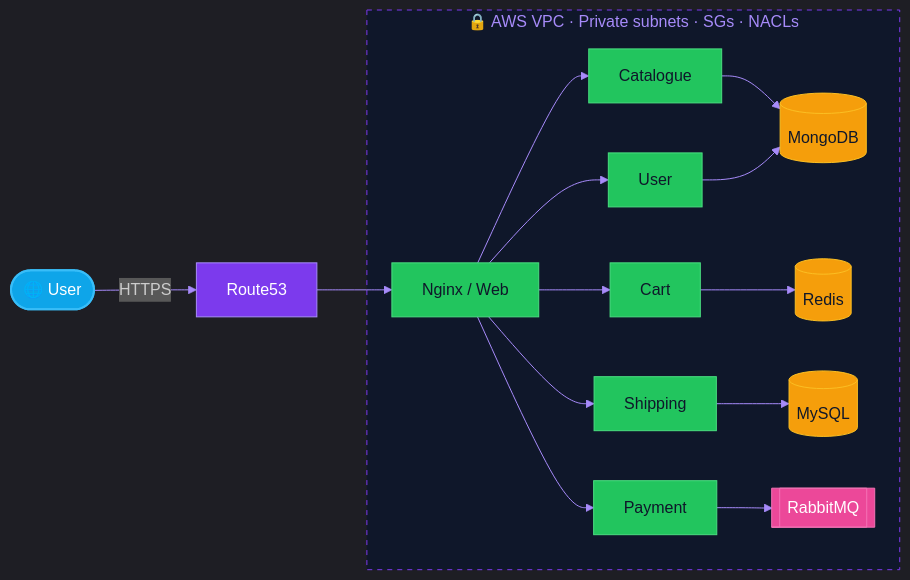
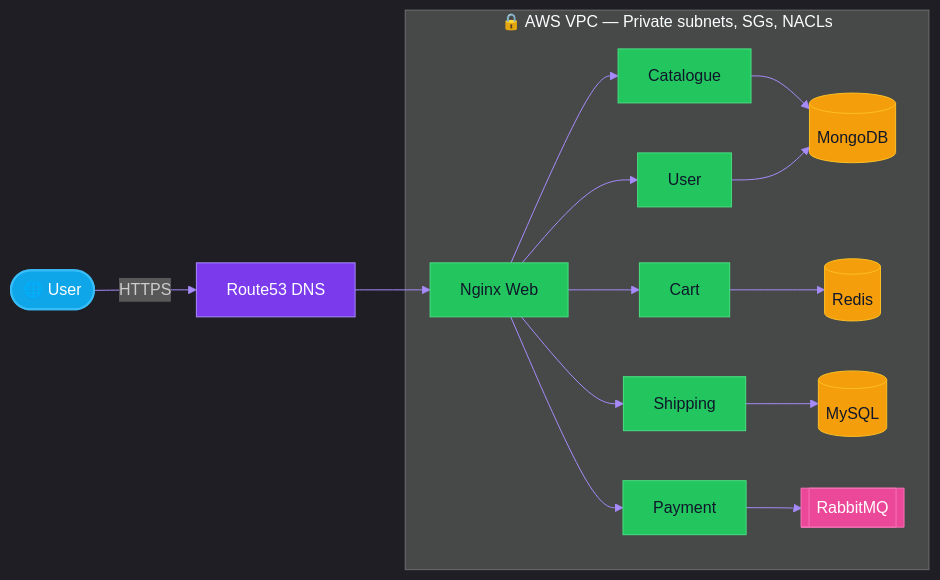
One commit to lloredia/lloredia changed the first of 8 diagrams in README.md. Above: the diagram before and after it, drawn with Mermaid. The commit also changed other lines of this file, not shown here.

First line of the commit message:
Fix mermaid diagrams + add diagrams to remaining 3 projects

````diff
--- a/README.md
+++ b/README.md
@@ -339,34 +339,33 @@
 ```mermaid
-%%{init: {'theme':'dark','themeVariables':{'primaryColor':'#1E293B','primaryTextColor':'#E2E8F0','primaryBorderColor':'#7C3AED','lineColor':'#A78BFA','secondaryColor':'#0F172A','tertiaryColor':'#1E293B','fontFamily':'Fira Code'}}}%%
+%%{init: {'theme':'dark','themeVariables':{'primaryColor':'#1E293B','primaryTextColor':'#E2E8F0','primaryBorderColor':'#7C3AED','lineColor':'#A78BFA','fontFamily':'Fira Code'}}}%%
 flowchart LR
-    U([🌐 User]):::edge -->|HTTPS| R53[Route53]:::dns
-    R53 --> WEB[Nginx / Web]:::svc
-    WEB --> CAT[Catalogue]:::svc
-    WEB --> CART[Cart]:::svc
-    WEB --> USR[User]:::svc
-    WEB --> SHIP[Shipping]:::svc
-    WEB --> PAY[Payment]:::svc
-    CAT --> MONGO[(MongoDB)]:::data
+    U(["🌐 User"]):::edge -->|HTTPS| R53["Route53 DNS"]:::dns
+    R53 --> WEB["Nginx Web"]:::svc
+    WEB --> CAT["Catalogue"]:::svc
+    WEB --> CART["Cart"]:::svc
+    WEB --> USR["User"]:::svc
+    WEB --> SHIP["Shipping"]:::svc
+    WEB --> PAY["Payment"]:::svc
+    CAT --> MONGO[("MongoDB")]:::data
     USR --> MONGO
-    CART --> REDIS[(Redis)]:::data
-    SHIP --> MYSQL[(MySQL)]:::data
-    PAY --> RMQ[[RabbitMQ]]:::queue
-    subgraph VPC[🔒 AWS VPC · Private subnets · SGs · NACLs]
+    CART --> REDIS[("Redis")]:::data
+    SHIP --> MYSQL[("MySQL")]:::data
+    PAY --> RMQ[["RabbitMQ"]]:::queue
+    subgraph VPC ["🔒 AWS VPC — Private subnets, SGs, NACLs"]
       WEB
       CAT
       CART
       USR
       SHIP
       PAY
       MONGO
       REDIS
       MYSQL
       RMQ
     end
     classDef edge fill:#0EA5E9,stroke:#38BDF8,color:#fff,stroke-width:2px
     classDef dns fill:#7C3AED,stroke:#A78BFA,color:#fff
     classDef svc fill:#22C55E,stroke:#4ADE80,color:#0F172A,stroke-width:1px
     classDef data fill:#F59E0B,stroke:#FBBF24,color:#0F172A
     classDef queue fill:#EC4899,stroke:#F472B6,color:#fff
-    style VPC fill:#0F172A,stroke:#7C3AED,stroke-dasharray: 5 5,color:#A78BFA
 ```
````
